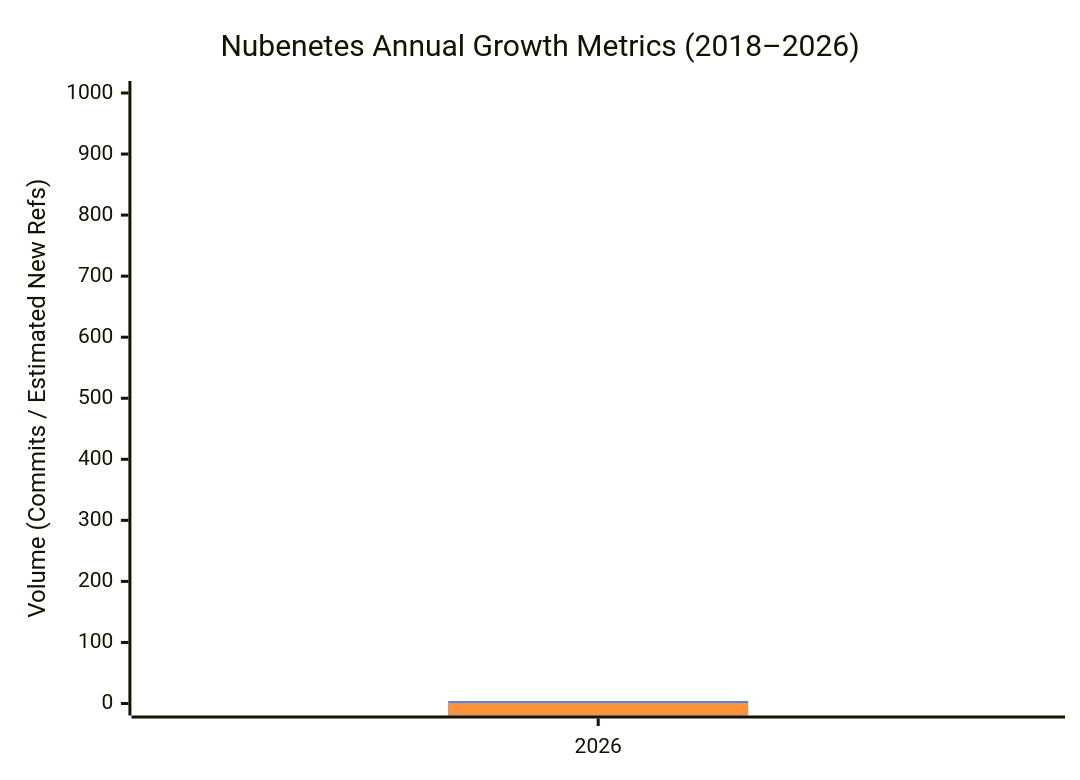
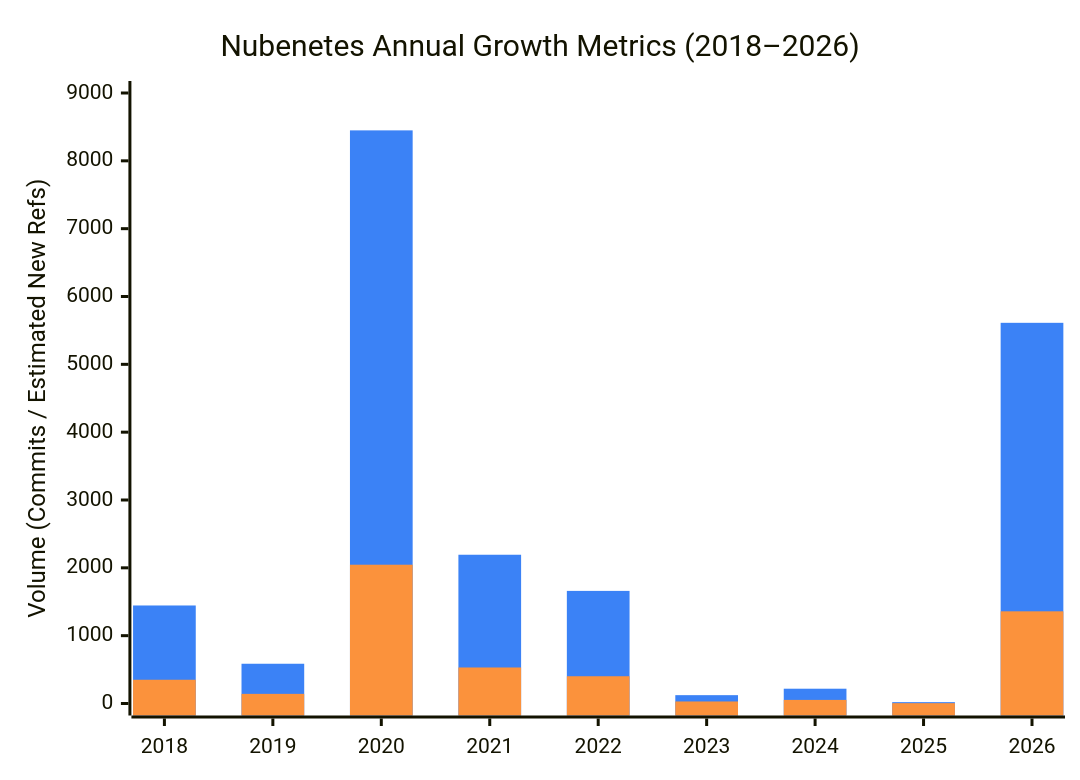
Before and after one commit to sec-js/awesome-kubernetes: the first of 10 diagrams in README.md, drawn with Mermaid. The commit also changed other lines of this file, not shown here.

````diff
--- a/README.md
+++ b/README.md
@@ -176,15 +184,15 @@
 ```mermaid
 ---
 config:
   themeVariables:
     xyChart:
       plotColorPalette: '#3b82f6, #fb923c'
   theme: mc
 ---
 xychart-beta
     title "Nubenetes Annual Growth Metrics (2018–2026)"
-    x-axis ["2026"]
-    y-axis "Volume (Commits / Estimated New Refs)" 0 --> 1000
-    bar [4]
-    bar [1]
+    x-axis ["2018", "2019", "2020", "2021", "2022", "2023", "2024", "2025", "2026"]
+    y-axis "Volume (Commits / Estimated New Refs)" 0 --> 9000
+    bar [1445, 586, 8449, 2193, 1660, 123, 218, 20, 5612]
+    bar [350, 142, 2046, 531, 402, 30, 53, 5, 1359]
 ```
````
